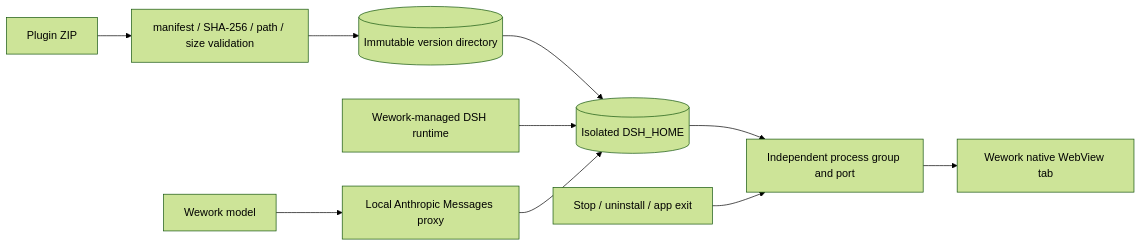
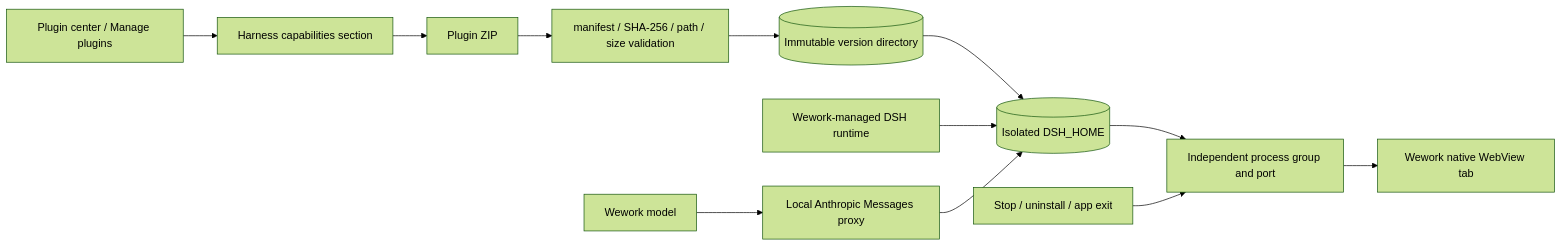
The first of 2 diagrams in docs/en/architecture/deepseek-harness-apps.md (wecode-ai/Wegent), drawn with Mermaid (forest theme) before and after one commit. The commit also changed other lines of this file and 13 other files, not shown here.

````diff
--- a/docs/en/architecture/deepseek-harness-apps.md
+++ b/docs/en/architecture/deepseek-harness-apps.md
@@ -9,12 +9,14 @@
 ```mermaid
 flowchart LR
+    PLUGINS[Plugin center / Manage plugins] --> MANAGE[Harness capabilities section]
+    MANAGE --> ZIP
     ZIP[Plugin ZIP] --> VALIDATE[manifest / SHA-256 / path / size validation]
     VALIDATE --> STORE[(Immutable version directory)]
     STORE --> INSTANCE[(Isolated DSH_HOME)]
     RUNTIME[Wework-managed DSH runtime] --> INSTANCE
     MODEL[Wework model] --> PROXY[Local Anthropic Messages proxy]
     PROXY --> INSTANCE
     INSTANCE --> PROCESS[Independent process group and port]
     PROCESS --> TAB[Wework native WebView tab]
     STOP[Stop / uninstall / app exit] --> PROCESS
 ```
````
